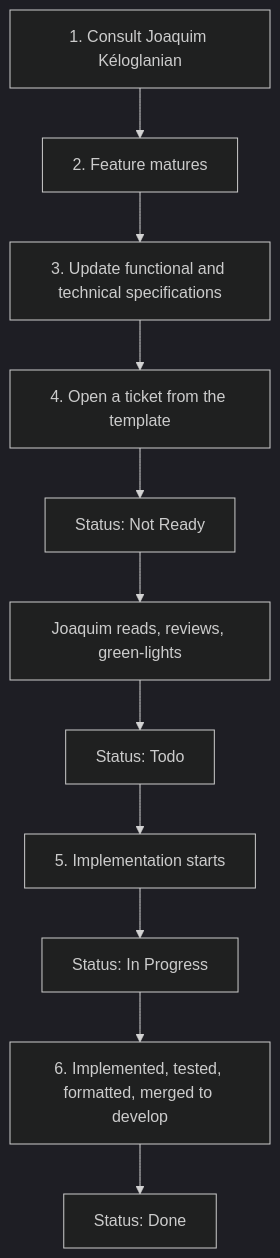
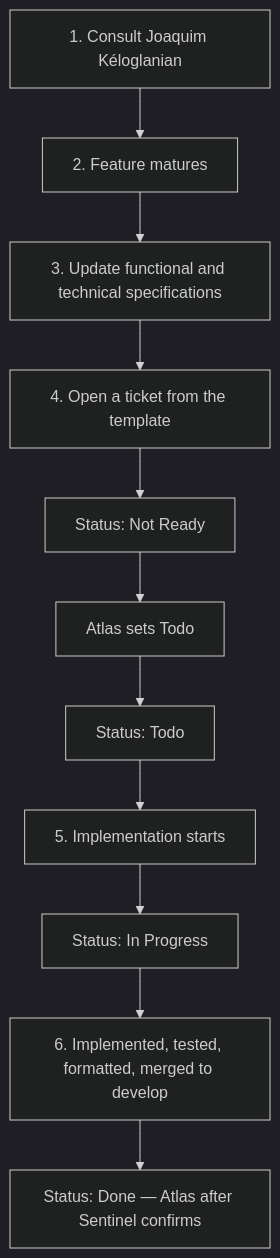
The diagram in 70-Engineering-practices/08-Feature-implementation.md (Projet-de-compensation-2025-2026/gym-buddy-documentation), drawn with Mermaid (dark theme) before and after one commit. The commit also changed other lines of this file and 5 other files, not shown here.

First line of the commit message:
docs: Atlas owns Not Ready→Todo and In Progress→Done (#14)

````diff
--- a/70-Engineering-practices/08-Feature-implementation.md
+++ b/70-Engineering-practices/08-Feature-implementation.md
@@ -14,17 +21,17 @@
 ```mermaid
 flowchart TD
   consult[1. Consult Joaquim Kéloglanian]
   mature[2. Feature matures]
   specs[3. Update functional and technical specifications]
   ticket[4. Open a ticket from the template]
   notReady[Status: Not Ready]
-  review[Joaquim reads, reviews, green-lights]
+  review[Atlas sets Todo]
   todo[Status: Todo]
   start[5. Implementation starts]
   inProgress[Status: In Progress]
   land[6. Implemented, tested, formatted, merged to develop]
-  done[Status: Done]
+  done[Status: Done — Atlas after Sentinel confirms]
 
   consult --> mature --> specs --> ticket --> notReady
   notReady --> review --> todo --> start --> inProgress --> land --> done
 ```
````
